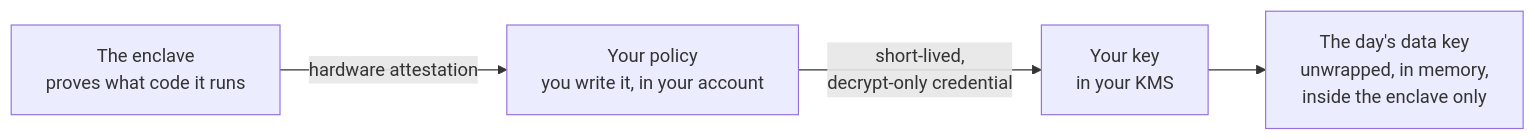
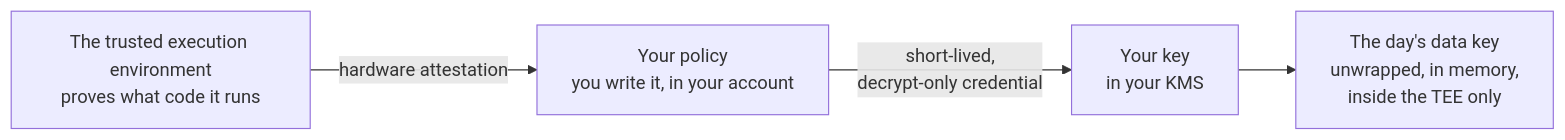
The third of 3 diagrams in docs/edpaggregator/README.md (world-federation-of-advertisers/cross-media-measurement), drawn with Mermaid before and after one commit. The commit also changed other lines of this file, not shown here.

````diff
--- a/docs/edpaggregator/README.md
+++ b/docs/edpaggregator/README.md
@@ -177,10 +180,10 @@
 ```mermaid
 flowchart LR
-  T["The enclave<br/>proves what code it runs"]
+  T["The trusted execution environment<br/>proves what code it runs"]
   P["Your policy<br/>you write it, in your account"]
   K["Your key<br/>in your KMS"]
-  D["The day's data key<br/>unwrapped, in memory,<br/>inside the enclave only"]
+  D["The day's data key<br/>unwrapped, in memory,<br/>inside the TEE only"]
   T -->|hardware attestation| P
   P -->|"short-lived,<br/>decrypt-only credential"| K
   K --> D
 ```
````
